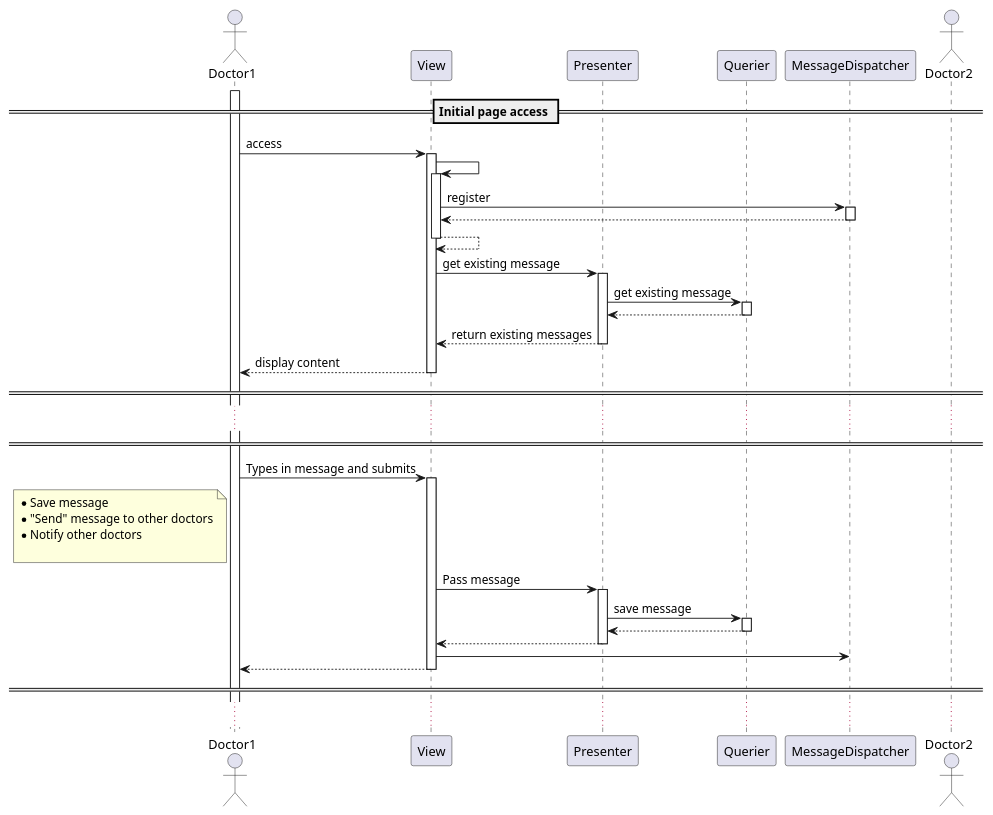
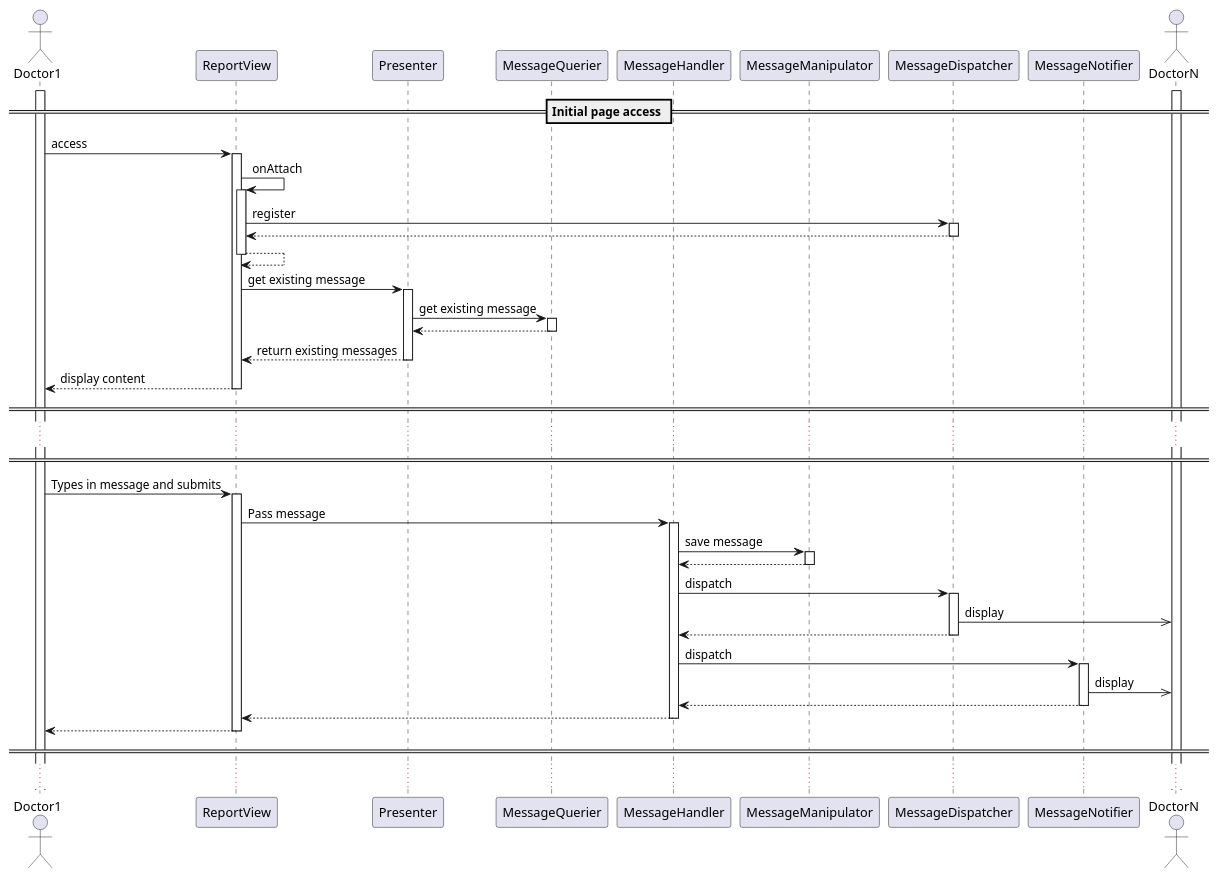
The diagram in doc/MessageCommunication.puml (thetractor/ch.bfh.bti7081.s2019.orange), drawn with PlantUML before and after one commit. The commit also changed 4 other files, not shown here.

Commit message:
feat: Extend sequence diagram due to messaging (sprint2-messaging)

```diff
--- a/doc/MessageCommunication.puml
+++ b/doc/MessageCommunication.puml
@@ -1,71 +1,83 @@
 @startuml
 actor Doctor1
-participant View
+participant ReportView
 participant Presenter
-participant Querier
+participant MessageQuerier
+participant MessageHandler
+participant MessageManipulator
 participant MessageDispatcher
-actor Doctor2
+participant MessageNotifier
+actor DoctorN
 
 'asynchron: a ->> b
 
 
 activate Doctor1
+activate DoctorN
 == Initial page access ==
-Doctor1 -> View: access
-activate View
+Doctor1 -> ReportView: access
+activate ReportView
 ' ********* Register ********
-View -> View
-activate View
-View -> MessageDispatcher: register
+ReportView -> ReportView: onAttach
+activate ReportView
+ReportView -> MessageDispatcher: register
 activate MessageDispatcher
 
-MessageDispatcher --> View
+MessageDispatcher --> ReportView
 deactivate MessageDispatcher
-View --> View
-deactivate View
+ReportView --> ReportView
+deactivate ReportView
 ' ***************************
 
-View -> Presenter: get existing message
+ReportView -> Presenter: get existing message
 activate Presenter
-Presenter -> Querier: get existing message
-activate Querier
-Querier --> Presenter
-deactivate Querier
-Presenter --> View: return existing messages
+Presenter -> MessageQuerier: get existing message
+activate MessageQuerier
+MessageQuerier --> Presenter
+deactivate MessageQuerier
+Presenter --> ReportView: return existing messages
 deactivate Presenter
-View --> Doctor1: display content
-deactivate View
+ReportView --> Doctor1: display content
+deactivate ReportView
 
 == ==
 ...
 
 ==  ==
-Doctor1 -> View: Types in message and submits
-note left of Doctor1
-    *Save message
-    *"Send" message to other doctors
-    *Notify other doctors
+Doctor1 -> ReportView: Types in message and submits
+activate ReportView
+ReportView -> MessageHandler: Pass message
+activate MessageHandler
+MessageHandler -> MessageManipulator: save message
+activate MessageManipulator
+MessageManipulator --> MessageHandler
+deactivate MessageManipulator
 
-end note
-activate View
-View -> Presenter: Pass message
-activate Presenter
-Presenter -> Querier: save message
-activate Querier
-Querier --> Presenter
-deactivate Querier
-Presenter --> View
-deactivate Presenter
 
-View -> MessageDispatcher
+MessageHandler -> MessageDispatcher: dispatch
+activate MessageDispatcher
+' TODO
+MessageDispatcher ->> DoctorN: display
+MessageDispatcher --> MessageHandler
+deactivate MessageDispatcher
 
-View --> Doctor1
-deactivate View
+MessageHandler -> MessageNotifier: dispatch
+activate MessageNotifier
+MessageNotifier ->> DoctorN: display
+MessageNotifier --> MessageHandler
+deactivate MessageNotifier
+
+MessageHandler --> ReportView
+deactivate MessageHandler
+
+
+ReportView --> Doctor1
+deactivate ReportView
 == ==
 
 ...
 
 
 
 
 @enduml
```
